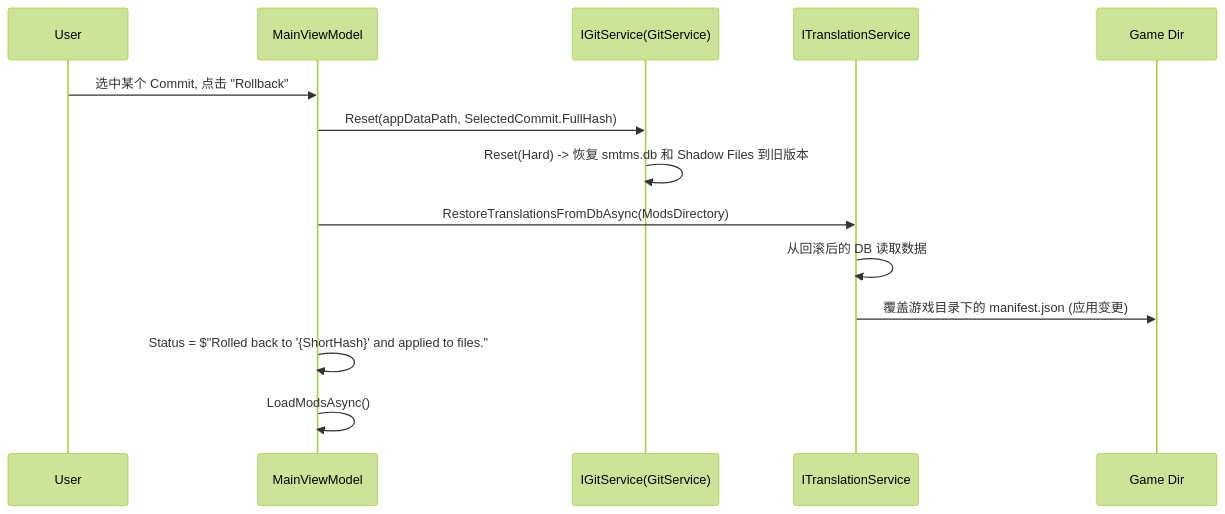
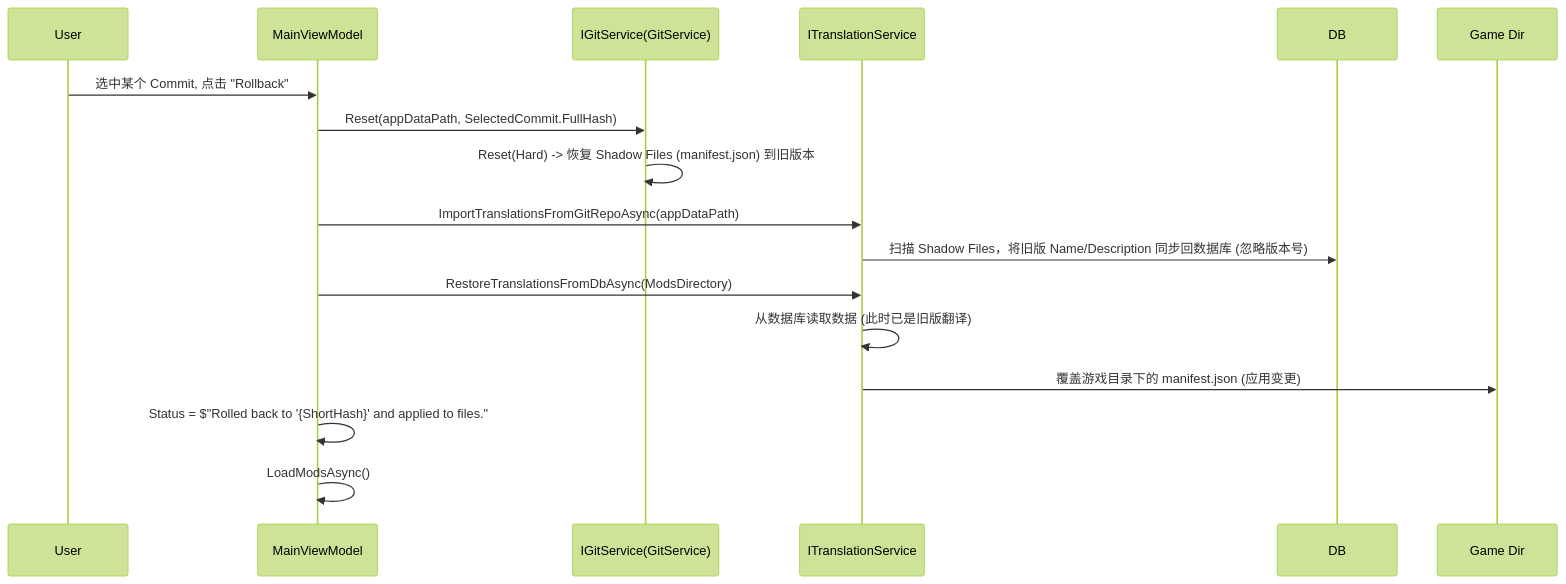
One commit to Sisyphean-a/SMTMS changed diagram 11 of 11 in docs/ARCHITECTURE.md. Above: the diagram before and after it, drawn with Mermaid (forest theme). The commit also changed 5 other files, not shown here.

````diff
--- a/docs/ARCHITECTURE.md
+++ b/docs/ARCHITECTURE.md
@@ -317,18 +317,21 @@
 ```mermaid
 sequenceDiagram
     participant U as User
     participant VM as MainViewModel
     participant Git as IGitService(GitService)
     participant TS as ITranslationService
 
     U->>VM: 选中某个 Commit, 点击 "Rollback"
     VM->>Git: Reset(appDataPath, SelectedCommit.FullHash)
-    Git->>Git: Reset(Hard) -> 恢复 smtms.db 和 Shadow Files 到旧版本
+    Git->>Git: Reset(Hard) -> 恢复 Shadow Files (manifest.json) 到旧版本
+
+    VM->>TS: ImportTranslationsFromGitRepoAsync(appDataPath)
+    TS->>DB: 扫描 Shadow Files，将旧版 Name/Description 同步回数据库 (忽略版本号)
 
     VM->>TS: RestoreTranslationsFromDbAsync(ModsDirectory)
-    TS->>TS: 从回滚后的 DB 读取数据
+    TS->>TS: 从数据库读取数据 (此时已是旧版翻译)
     TS->>Game Dir: 覆盖游戏目录下的 manifest.json (应用变更)
 
     VM->>VM: Status = $"Rolled back to '{ShortHash}' and applied to files."
     VM->>VM: LoadModsAsync()
 ```
````
